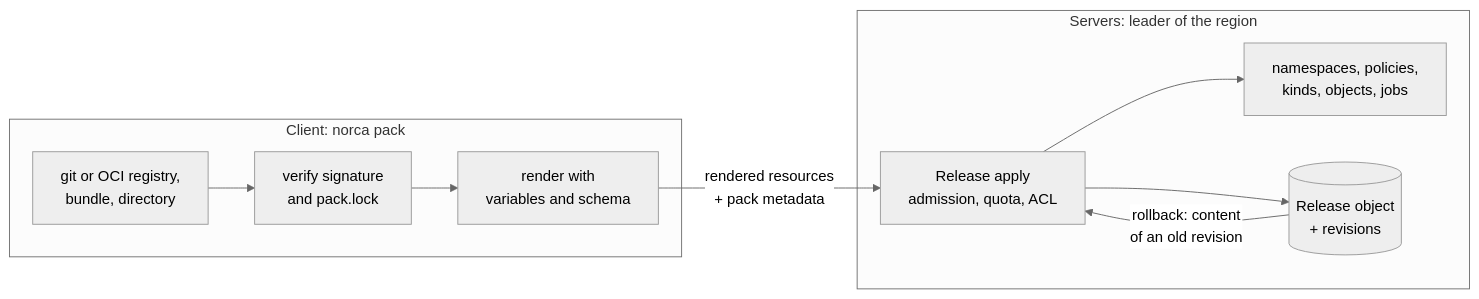
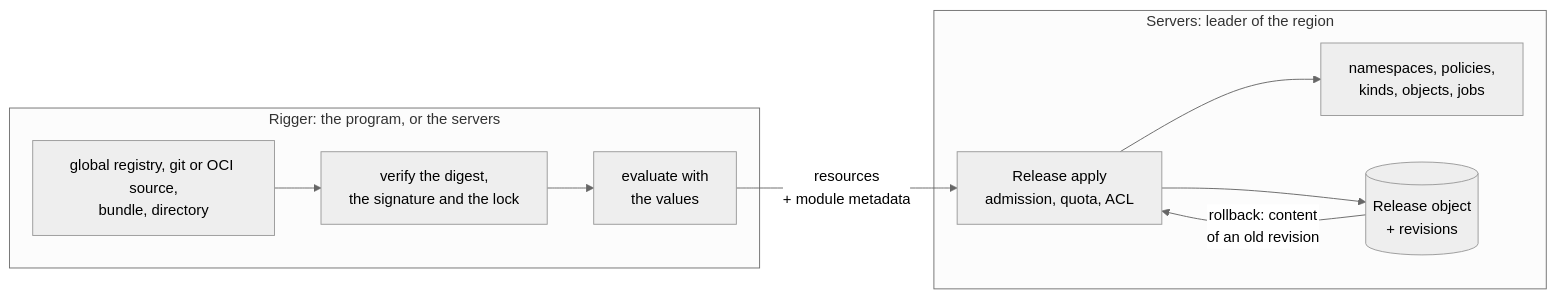
One commit to bacanoo-io/norca-doc changed the diagram in content/docs/features/packages/_index.md. Above: the diagram before and after it, drawn with Mermaid (neutral theme). The commit also changed other lines of this file and 153 other files, not shown here.

First line of the commit message:
docs: Rigger alone; the pack manager is gone

````diff
--- a/content/docs/features/packages/_index.md
+++ b/content/docs/features/packages/_index.md
@@ -51,13 +49,13 @@
 ```mermaid
 flowchart LR
-    subgraph C["Client: norca pack"]
-        REG["git or OCI registry,<br/>bundle, directory"] --> VER["verify signature<br/>and pack.lock"]
-        VER --> REN["render with<br/>variables and schema"]
+    subgraph C["Rigger: the program, or the servers"]
+        REG["global registry, git or OCI source,<br/>bundle, directory"] --> VER["verify the digest,<br/>the signature and the lock"]
+        VER --> REN["evaluate with<br/>the values"]
     end
-    REN -- "rendered resources<br/>+ pack metadata" --> APP
+    REN -- "resources<br/>+ module metadata" --> APP
     subgraph S["Servers: leader of the region"]
         APP["Release apply<br/>admission, quota, ACL"] --> RES["namespaces, policies,<br/>kinds, objects, jobs"]
         APP --> REV[("Release object<br/>+ revisions")]
     end
     REV -- "rollback: content<br/>of an old revision" --> APP
 ```
````
